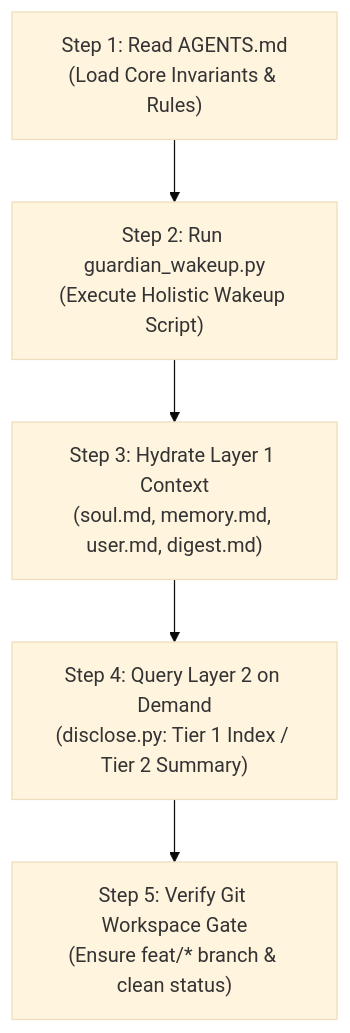
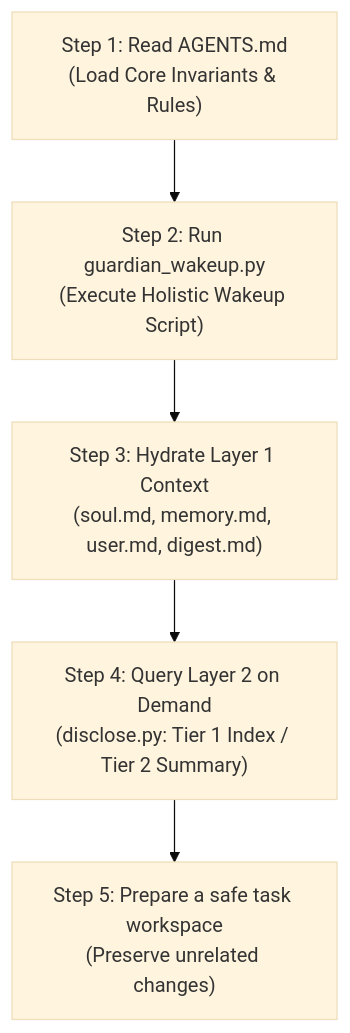
One commit to richfrem/Project_Sanctuary changed the diagram in plugins/sanctuary-core/.apm/skills/operating-sanctuary-guardian/references/bootstrapping.md. Above: the diagram before and after it, drawn with Mermaid (base theme). The commit also changed other lines of this file and 10 other files, not shown here.

````diff
--- a/plugins/sanctuary-core/.apm/skills/operating-sanctuary-guardian/references/bootstrapping.md
+++ b/plugins/sanctuary-core/.apm/skills/operating-sanctuary-guardian/references/bootstrapping.md
@@ -19,7 +19,7 @@
 ```mermaid
 flowchart TD
     Step1["Step 1: Read AGENTS.md<br/>(Load Core Invariants &amp; Rules)"] --> Step2["Step 2: Run guardian_wakeup.py<br/>(Execute Holistic Wakeup Script)"]
     Step2 --> Step3["Step 3: Hydrate Layer 1 Context<br/>(soul.md, memory.md, user.md, digest.md)"]
     Step3 --> Step4["Step 4: Query Layer 2 on Demand<br/>(disclose.py: Tier 1 Index / Tier 2 Summary)"]
-    Step4 --> Step5["Step 5: Verify Git Workspace Gate<br/>(Ensure feat/* branch &amp; clean status)"]
+    Step4 --> Step5["Step 5: Prepare a safe task workspace<br/>(Preserve unrelated changes)"]
 ```
````
